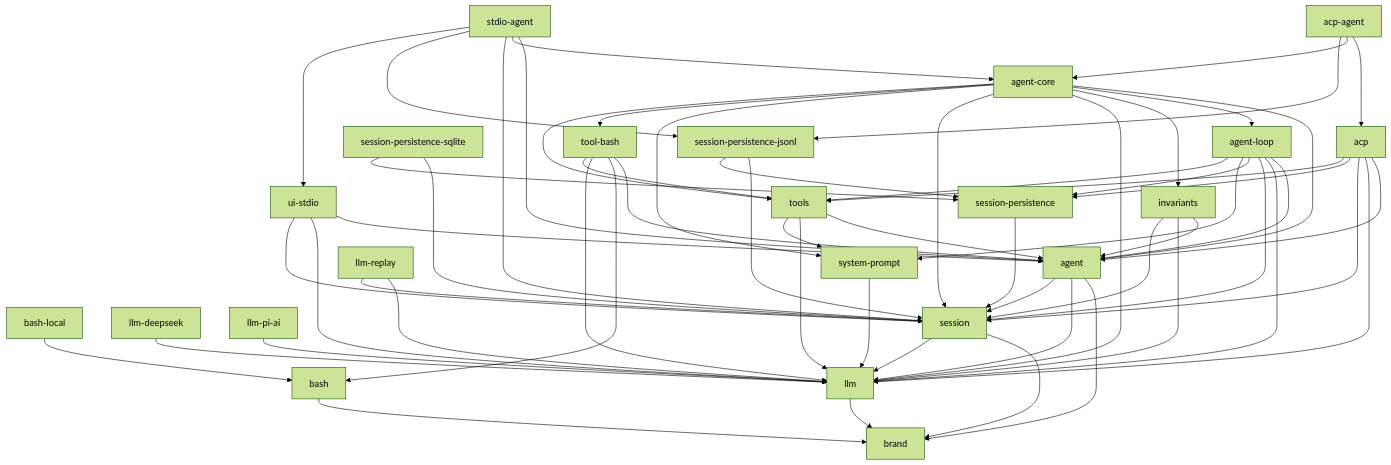
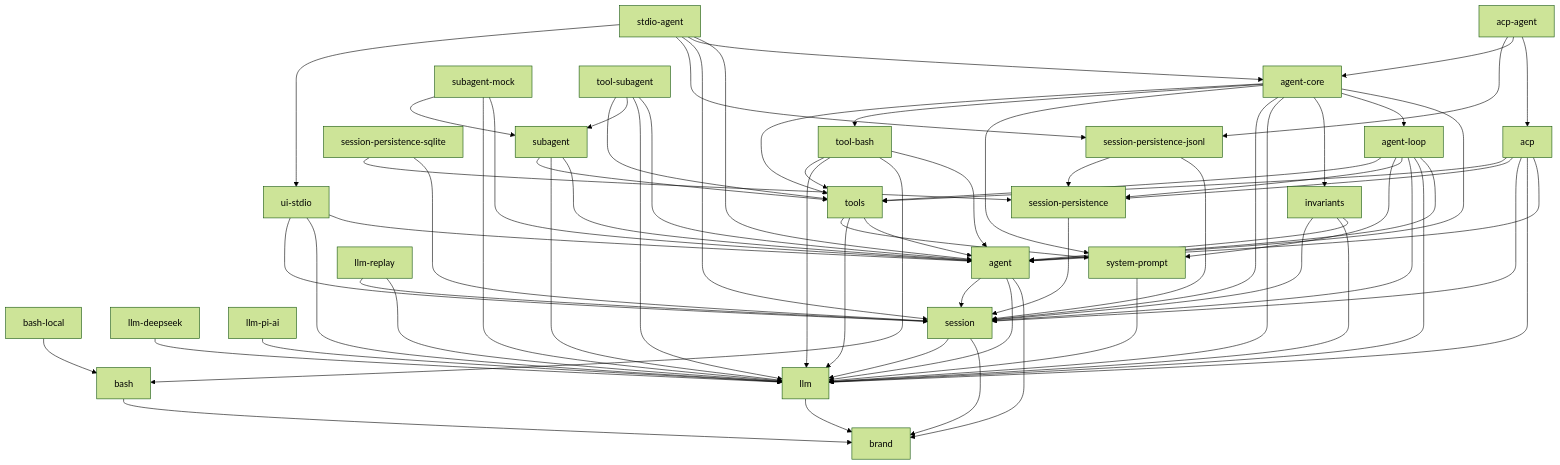
One commit to eru123/coco-harness changed the diagram in docs/module-graph.md. Above: the diagram before and after it, drawn with Mermaid (forest theme). The commit also changed other lines of this file and 28 other files, not shown here.

````diff
--- a/docs/module-graph.md
+++ b/docs/module-graph.md
@@ -8,61 +8,71 @@
 ```mermaid
 graph TD
   bash --> brand
   llm --> brand
   bash-local --> bash
   llm-deepseek --> llm
   llm-pi-ai --> llm
   session --> brand
   session --> llm
   system-prompt --> llm
   agent --> brand
   agent --> llm
   agent --> session
   llm-replay --> llm
   llm-replay --> session
   session-persistence --> session
   invariants --> agent
   invariants --> llm
   invariants --> session
   session-persistence-jsonl --> session
   session-persistence-jsonl --> session-persistence
   session-persistence-sqlite --> session
   session-persistence-sqlite --> session-persistence
   tools --> agent
   tools --> llm
   tools --> system-prompt
   ui-stdio --> agent
   ui-stdio --> llm
   ui-stdio --> session
   acp --> agent
   acp --> llm
   acp --> session
   acp --> session-persistence
   acp --> tools
   agent-loop --> agent
   agent-loop --> llm
   agent-loop --> session
   agent-loop --> session-persistence
   agent-loop --> system-prompt
   agent-loop --> tools
+  subagent --> agent
+  subagent --> llm
+  subagent --> tools
   tool-bash --> agent
   tool-bash --> bash
   tool-bash --> llm
   tool-bash --> tools
   agent-core --> agent
   agent-core --> agent-loop
   agent-core --> invariants
   agent-core --> llm
   agent-core --> session
   agent-core --> system-prompt
   agent-core --> tool-bash
   agent-core --> tools
+  subagent-mock --> agent
+  subagent-mock --> llm
+  subagent-mock --> subagent
+  tool-subagent --> agent
+  tool-subagent --> llm
+  tool-subagent --> subagent
+  tool-subagent --> tools
   acp-agent --> acp
   acp-agent --> agent-core
   acp-agent --> session-persistence-jsonl
   stdio-agent --> agent
   stdio-agent --> agent-core
   stdio-agent --> session
   stdio-agent --> session-persistence-jsonl
   stdio-agent --> ui-stdio
 ```
````
